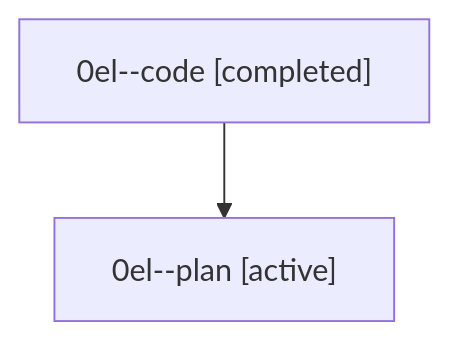
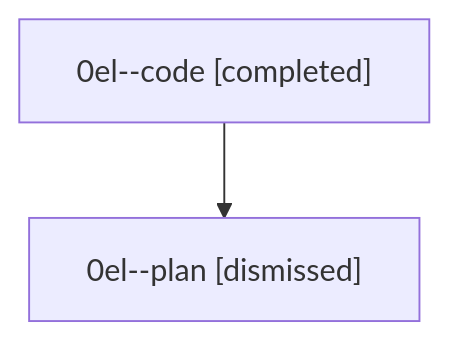
The diagram in sessions/bbugyi200.athena.0el.md (bobs-org/bob-cli--agents), drawn with Mermaid before and after one commit. The commit also changed other lines of this file and 17 other files, not shown here.

````diff
--- a/sessions/bbugyi200.athena.0el.md
+++ b/sessions/bbugyi200.athena.0el.md
@@ -9,6 +9,6 @@
 ```mermaid
 flowchart TD
   n0["0el--code [completed]"]
-  n1["0el--plan [active]"]
+  n1["0el--plan [dismissed]"]
   n0 --> n1
 ```
````
